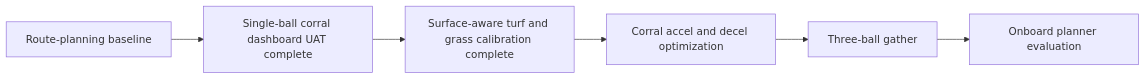
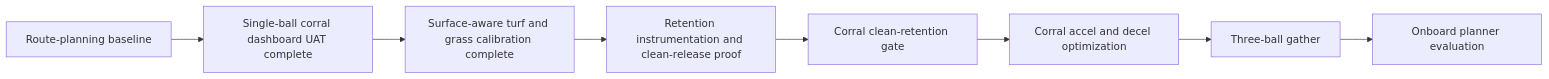
The diagram in docs/ROADMAP_2026_H2.md (fsmalkin/chasebot), drawn with Mermaid before and after one commit. The commit also changed other lines of this file and 1 other file, not shown here.

Commit message:
docs: prioritize clean spur retention gating

````diff
--- a/docs/ROADMAP_2026_H2.md
+++ b/docs/ROADMAP_2026_H2.md
@@ -143,8 +146,10 @@
 ```mermaid
 flowchart LR
     A[Route-planning baseline] --> B[Single-ball corral dashboard UAT complete]
     B --> C[Surface-aware turf and grass calibration complete]
-    C --> D[Corral accel and decel optimization]
-    D --> E[Three-ball gather]
-    E --> F[Onboard planner evaluation]
+    C --> D[Retention instrumentation and clean-release proof]
+    D --> E[Corral clean-retention gate]
+    E --> F[Corral accel and decel optimization]
+    F --> G[Three-ball gather]
+    G --> H[Onboard planner evaluation]
 ```
````
